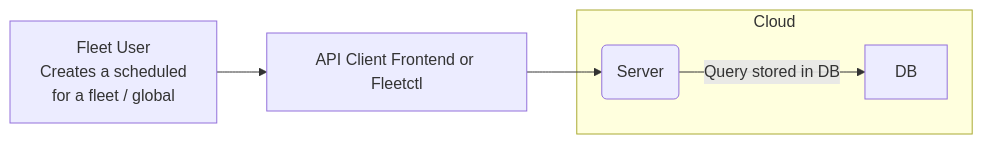
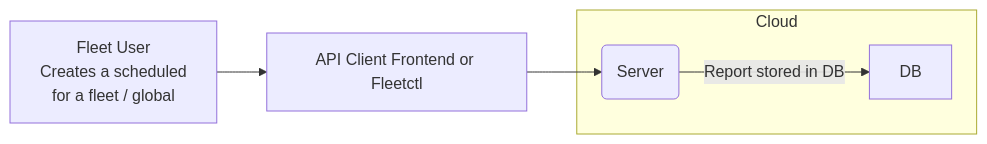
One commit to fleetdm/fleet changed the fourth of 7 diagrams in docs/Contributing/architecture/high-level-architecture.md. Above: the diagram before and after it, drawn with Mermaid. The commit also changed other lines of this file and 66 other files, not shown here.

````diff
--- a/docs/Contributing/architecture/high-level-architecture.md
+++ b/docs/Contributing/architecture/high-level-architecture.md
@@ -152,14 +152,14 @@
 ```mermaid
 graph LR;
     it_person[Fleet User<br>Creates a scheduled<br>for a fleet / global];
     api[API Client Frontend or Fleetctl];
 
     subgraph Cloud
         server(Server);
         db[DB];
     end
 
     it_person --> api;
     api --> server;
-    server -- Query stored in DB--> db;
+    server -- Report stored in DB--> db;
 ```
````
